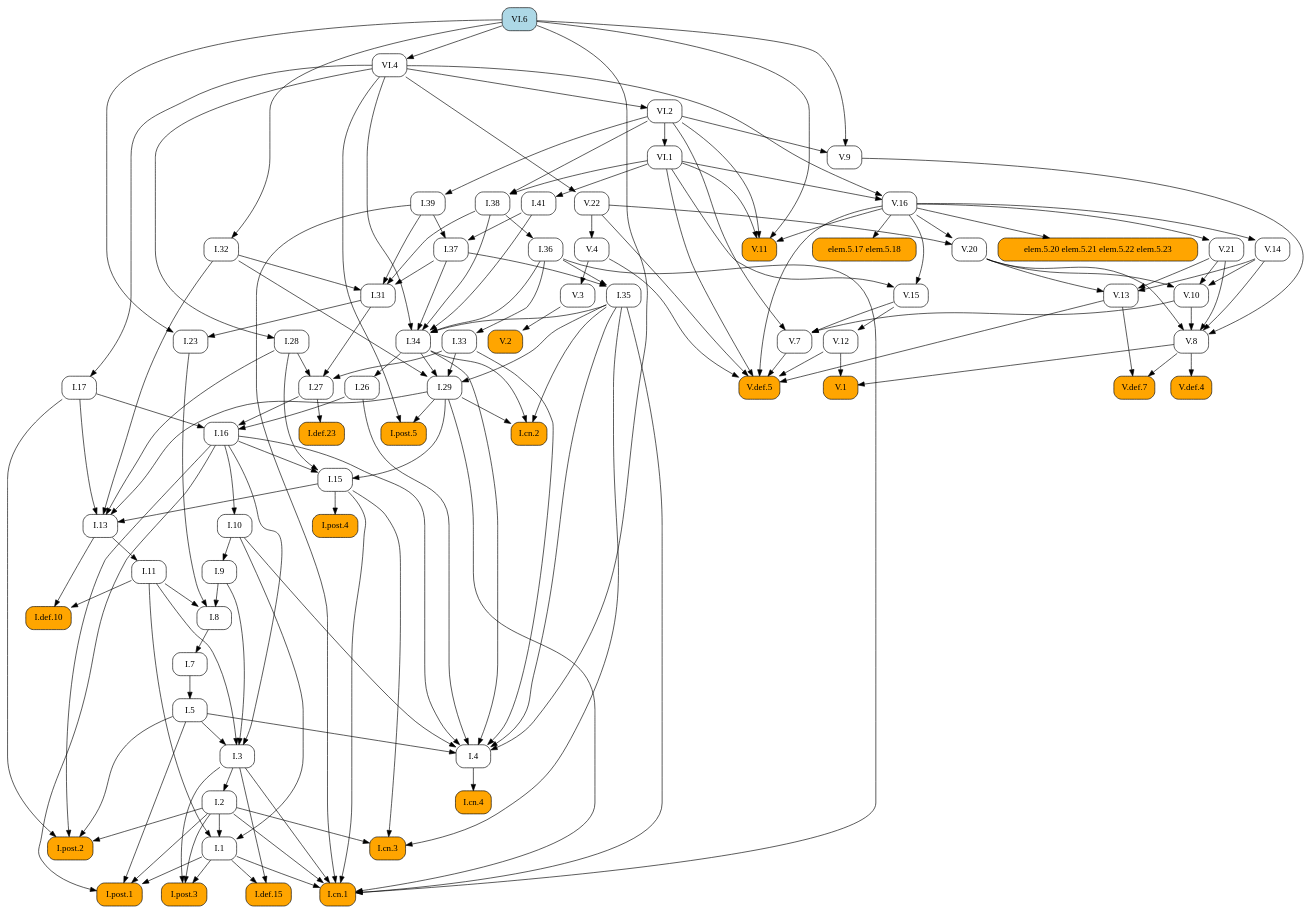
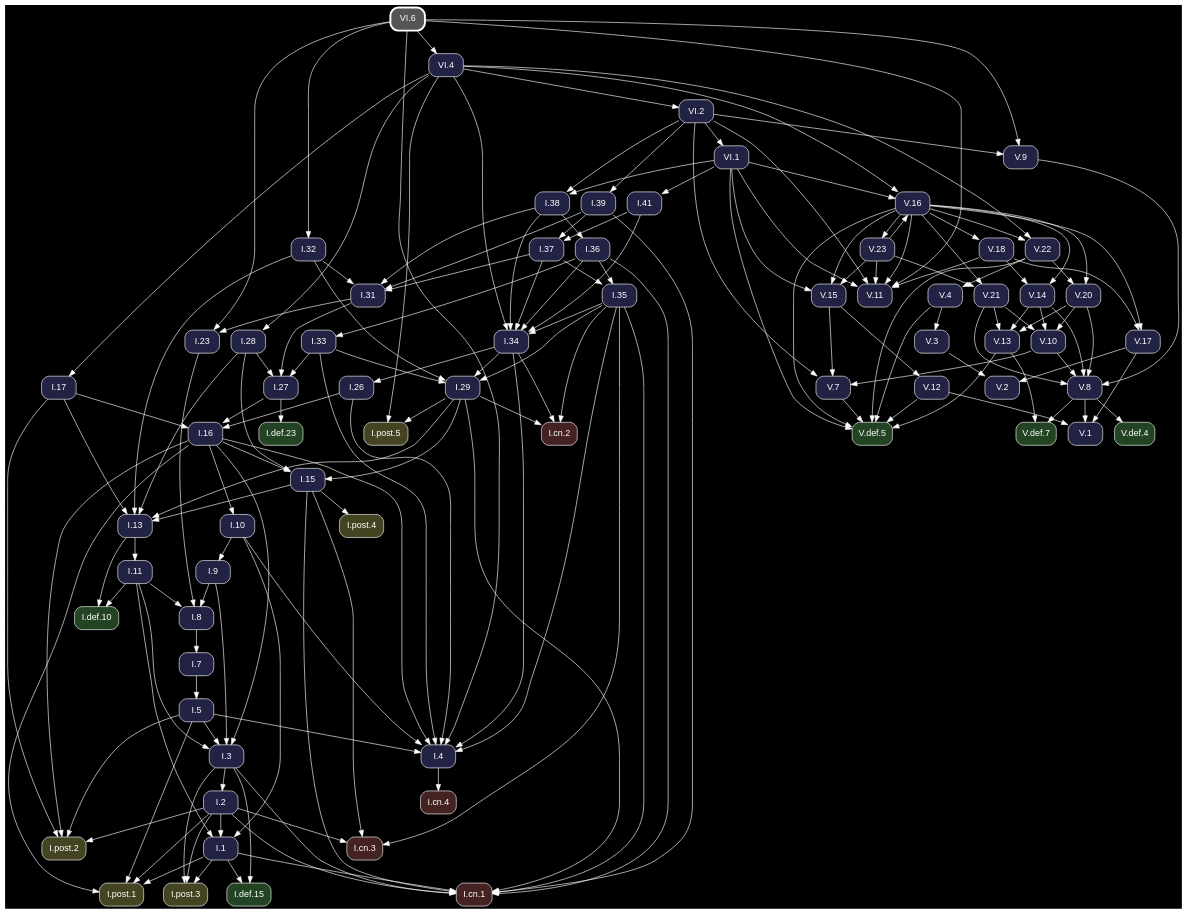
Before and after one commit to geometor/elements: the diagram in docsrc/heath/VI/6/index.rst, drawn with Graphviz. The commit also changed other lines of this file and 1200 other files, not shown here.

Commit message:
update dependency graphs

```diff
--- a/docsrc/heath/VI/6/index.rst
+++ b/docsrc/heath/VI/6/index.rst
@@ -77,132 +77,193 @@
 .. graphviz::
 
    digraph {
+     bgcolor="black";
+     node [shape=box, style="rounded,filled", fontname="Helvetica", color="white", fontcolor="white"];
+     edge [color="white", fontcolor="white"];
      rankdir="TB";
-     node [shape=box, style=rounded];
-     "I.23" [URL="/heath/I/23/", target="_top"];
-     "I.9" [URL="/heath/I/9/", target="_top"];
-     "I.def.15" [style="rounded,filled", fillcolor=orange, URL="/heath/I/def.15/", target="_top"];
-     "V.13" [URL="/heath/V/13/", target="_top"];
-     "V.7" [URL="/heath/V/7/", target="_top"];
-     "elem.5.17 elem.5.18" [style="rounded,filled", fillcolor=orange];
-     "I.post.1" [style="rounded,filled", fillcolor=orange, URL="/heath/I/post.1/", target="_top"];
-     "V.14" [URL="/heath/V/14/", target="_top"];
-     "V.9" [URL="/heath/V/9/", target="_top"];
-     "I.31" [URL="/heath/I/31/", target="_top"];
-     "I.def.10" [style="rounded,filled", fillcolor=orange, URL="/heath/I/def.10/", target="_top"];
-     "V.10" [URL="/heath/V/10/", target="_top"];
-     "V.4" [URL="/heath/V/4/", target="_top"];
-     "VI.1" [URL="/heath/VI/1/", target="_top"];
-     "I.39" [URL="/heath/I/39/", target="_top"];
-     "V.11" [style="rounded,filled", fillcolor=orange, URL="/heath/V/11/", target="_top"];
-     "I.34" [URL="/heath/I/34/", target="_top"];
-     "I.3" [URL="/heath/I/3/", target="_top"];
-     "V.def.4" [style="rounded,filled", fillcolor=orange, URL="/heath/V/def.4/", target="_top"];
-     "V.def.7" [style="rounded,filled", fillcolor=orange, URL="/heath/V/def.7/", target="_top"];
-     "V.21" [URL="/heath/V/21/", target="_top"];
-     "I.2" [URL="/heath/I/2/", target="_top"];
-     "V.3" [URL="/heath/V/3/", target="_top"];
-     "I.13" [URL="/heath/I/13/", target="_top"];
-     "I.post.4" [style="rounded,filled", fillcolor=orange, URL="/heath/I/post.4/", target="_top"];
-     "I.4" [URL="/heath/I/4/", target="_top"];
-     "I.1" [URL="/heath/I/1/", target="_top"];
-     "I.17" [URL="/heath/I/17/", target="_top"];
-     "I.8" [URL="/heath/I/8/", target="_top"];
-     "I.29" [URL="/heath/I/29/", target="_top"];
-     "V.8" [URL="/heath/V/8/", target="_top"];
-     "I.38" [URL="/heath/I/38/", target="_top"];
-     "I.15" [URL="/heath/I/15/", target="_top"];
-     "I.10" [URL="/heath/I/10/", target="_top"];
-     "I.11" [URL="/heath/I/11/", target="_top"];
-     "I.def.23" [style="rounded,filled", fillcolor=orange, URL="/heath/I/def.23/", target="_top"];
-     "VI.4" [URL="/heath/VI/4/", target="_top"];
-     "I.26" [URL="/heath/I/26/", target="_top"];
-     "V.16" [URL="/heath/V/16/", target="_top"];
-     "I.33" [URL="/heath/I/33/", target="_top"];
-     "I.32" [URL="/heath/I/32/", target="_top"];
-     "I.post.3" [style="rounded,filled", fillcolor=orange, URL="/heath/I/post.3/", target="_top"];
-     "V.def.5" [style="rounded,filled", fillcolor=orange, URL="/heath/V/def.5/", target="_top"];
-     "I.27" [URL="/heath/I/27/", target="_top"];
-     "V.20" [URL="/heath/V/20/", target="_top"];
-     "V.12" [URL="/heath/V/12/", target="_top"];
-     "V.2" [style="rounded,filled", fillcolor=orange, URL="/heath/V/2/", target="_top"];
-     "I.cn.1" [style="rounded,filled", fillcolor=orange, URL="/heath/I/cn.1/", target="_top"];
-     "I.35" [URL="/heath/I/35/", target="_top"];
-     "VI.6" [style="rounded,filled", fillcolor=lightblue, URL="/heath/VI/6/", target="_top"];
-     "I.7" [URL="/heath/I/7/", target="_top"];
-     "I.36" [URL="/heath/I/36/", target="_top"];
-     "I.5" [URL="/heath/I/5/", target="_top"];
-     "I.37" [URL="/heath/I/37/", target="_top"];
-     "I.cn.3" [style="rounded,filled", fillcolor=orange, URL="/heath/I/cn.3/", target="_top"];
-     "I.16" [URL="/heath/I/16/", target="_top"];
-     "V.22" [URL="/heath/V/22/", target="_top"];
-     "V.1" [style="rounded,filled", fillcolor=orange, URL="/heath/V/1/", target="_top"];
-     "I.cn.2" [style="rounded,filled", fillcolor=orange, URL="/heath/I/cn.2/", target="_top"];
-     "I.post.5" [style="rounded,filled", fillcolor=orange, URL="/heath/I/post.5/", target="_top"];
-     "I.28" [URL="/heath/I/28/", target="_top"];
-     "I.cn.4" [style="rounded,filled", fillcolor=orange, URL="/heath/I/cn.4/", target="_top"];
-     "VI.2" [URL="/heath/VI/2/", target="_top"];
-     "I.post.2" [style="rounded,filled", fillcolor=orange, URL="/heath/I/post.2/", target="_top"];
-     "V.15" [URL="/heath/V/15/", target="_top"];
-     "I.41" [URL="/heath/I/41/", target="_top"];
-     "elem.5.20 elem.5.21 elem.5.22 elem.5.23" [style="rounded,filled", fillcolor=orange];
-     "I.31" -> "I.23";
-     "VI.6" -> "I.23";
-     "I.10" -> "I.9";
-     "I.1" -> "I.def.15";
-     "I.3" -> "I.def.15";
+     "V.15" [fillcolor="#222244", URL="/heath/V/15/", target="_top"];
+     "I.32" [fillcolor="#222244", URL="/heath/I/32/", target="_top"];
+     "I.cn.1" [fillcolor="#442222", URL="/heath/I/cn.1/", target="_top"];
+     "V.18" [fillcolor="#222244", URL="/heath/V/18/", target="_top"];
+     "V.14" [fillcolor="#222244", URL="/heath/V/14/", target="_top"];
+     "I.28" [fillcolor="#222244", URL="/heath/I/28/", target="_top"];
+     "I.27" [fillcolor="#222244", URL="/heath/I/27/", target="_top"];
+     "V.23" [fillcolor="#222244", URL="/heath/V/23/", target="_top"];
+     "I.2" [fillcolor="#222244", URL="/heath/I/2/", target="_top"];
+     "I.41" [fillcolor="#222244", URL="/heath/I/41/", target="_top"];
+     "I.post.4" [fillcolor="#444422", URL="/heath/I/post.4/", target="_top"];
+     "I.26" [fillcolor="#222244", URL="/heath/I/26/", target="_top"];
+     "I.8" [fillcolor="#222244", URL="/heath/I/8/", target="_top"];
+     "V.4" [fillcolor="#222244", URL="/heath/V/4/", target="_top"];
+     "V.16" [fillcolor="#222244", URL="/heath/V/16/", target="_top"];
+     "VI.2" [fillcolor="#222244", URL="/heath/VI/2/", target="_top"];
+     "I.7" [fillcolor="#222244", URL="/heath/I/7/", target="_top"];
+     "I.5" [fillcolor="#222244", URL="/heath/I/5/", target="_top"];
+     "V.11" [fillcolor="#222244", URL="/heath/V/11/", target="_top"];
+     "V.def.4" [fillcolor="#224422", URL="/heath/V/def.4/", target="_top"];
+     "V.20" [fillcolor="#222244", URL="/heath/V/20/", target="_top"];
+     "I.11" [fillcolor="#222244", URL="/heath/I/11/", target="_top"];
+     "I.37" [fillcolor="#222244", URL="/heath/I/37/", target="_top"];
+     "I.cn.3" [fillcolor="#442222", URL="/heath/I/cn.3/", target="_top"];
+     "I.36" [fillcolor="#222244", URL="/heath/I/36/", target="_top"];
+     "I.38" [fillcolor="#222244", URL="/heath/I/38/", target="_top"];
+     "I.post.2" [fillcolor="#444422", URL="/heath/I/post.2/", target="_top"];
+     "I.def.23" [fillcolor="#224422", URL="/heath/I/def.23/", target="_top"];
+     "I.35" [fillcolor="#222244", URL="/heath/I/35/", target="_top"];
+     "I.post.3" [fillcolor="#444422", URL="/heath/I/post.3/", target="_top"];
+     "V.13" [fillcolor="#222244", URL="/heath/V/13/", target="_top"];
+     "V.8" [fillcolor="#222244", URL="/heath/V/8/", target="_top"];
+     "I.33" [fillcolor="#222244", URL="/heath/I/33/", target="_top"];
+     "V.10" [fillcolor="#222244", URL="/heath/V/10/", target="_top"];
+     "I.17" [fillcolor="#222244", URL="/heath/I/17/", target="_top"];
+     "V.def.5" [fillcolor="#224422", URL="/heath/V/def.5/", target="_top"];
+     "V.22" [fillcolor="#222244", URL="/heath/V/22/", target="_top"];
+     "I.31" [fillcolor="#222244", URL="/heath/I/31/", target="_top"];
+     "I.3" [fillcolor="#222244", URL="/heath/I/3/", target="_top"];
+     "V.12" [fillcolor="#222244", URL="/heath/V/12/", target="_top"];
+     "I.def.10" [fillcolor="#224422", URL="/heath/I/def.10/", target="_top"];
+     "I.15" [fillcolor="#222244", URL="/heath/I/15/", target="_top"];
+     "I.39" [fillcolor="#222244", URL="/heath/I/39/", target="_top"];
+     "I.13" [fillcolor="#222244", URL="/heath/I/13/", target="_top"];
+     "VI.6" [penwidth=3, color="white", fillcolor="#555555", URL="/heath/VI/6/", target="_top"];
+     "I.cn.2" [fillcolor="#442222", URL="/heath/I/cn.2/", target="_top"];
+     "I.9" [fillcolor="#222244", URL="/heath/I/9/", target="_top"];
+     "I.1" [fillcolor="#222244", URL="/heath/I/1/", target="_top"];
+     "I.post.5" [fillcolor="#444422", URL="/heath/I/post.5/", target="_top"];
+     "I.23" [fillcolor="#222244", URL="/heath/I/23/", target="_top"];
+     "I.4" [fillcolor="#222244", URL="/heath/I/4/", target="_top"];
+     "VI.4" [fillcolor="#222244", URL="/heath/VI/4/", target="_top"];
+     "V.7" [fillcolor="#222244", URL="/heath/V/7/", target="_top"];
+     "V.9" [fillcolor="#222244", URL="/heath/V/9/", target="_top"];
+     "VI.1" [fillcolor="#222244", URL="/heath/VI/1/", target="_top"];
+     "I.10" [fillcolor="#222244", URL="/heath/I/10/", target="_top"];
+     "V.def.7" [fillcolor="#224422", URL="/heath/V/def.7/", target="_top"];
+     "I.post.1" [fillcolor="#444422", URL="/heath/I/post.1/", target="_top"];
+     "I.16" [fillcolor="#222244", URL="/heath/I/16/", target="_top"];
+     "I.29" [fillcolor="#222244", URL="/heath/I/29/", target="_top"];
+     "I.cn.4" [fillcolor="#442222", URL="/heath/I/cn.4/", target="_top"];
+     "V.2" [fillcolor="#222244", URL="/heath/V/2/", target="_top"];
+     "V.1" [fillcolor="#222244", URL="/heath/V/1/", target="_top"];
+     "V.21" [fillcolor="#222244", URL="/heath/V/21/", target="_top"];
+     "I.34" [fillcolor="#222244", URL="/heath/I/34/", target="_top"];
+     "I.def.15" [fillcolor="#224422", URL="/heath/I/def.15/", target="_top"];
+     "V.3" [fillcolor="#222244", URL="/heath/V/3/", target="_top"];
+     "V.17" [fillcolor="#222244", URL="/heath/V/17/", target="_top"];
+     "V.16" -> "V.15";
+     "V.23" -> "V.15";
+     "VI.1" -> "V.15";
+     "VI.6" -> "I.32";
+     "I.1" -> "I.cn.1";
+     "I.2" -> "I.cn.1";
+     "I.3" -> "I.cn.1";
+     "I.15" -> "I.cn.1";
+     "I.29" -> "I.cn.1";
+     "I.35" -> "I.cn.1";
+     "I.36" -> "I.cn.1";
+     "I.39" -> "I.cn.1";
+     "V.16" -> "V.18";
+     "V.16" -> "V.14";
+     "V.18" -> "V.14";
+     "VI.4" -> "I.28";
+     "I.28" -> "I.27";
+     "I.31" -> "I.27";
+     "I.33" -> "I.27";
+     "V.16" -> "V.23";
+     "I.3" -> "I.2";
+     "VI.1" -> "I.41";
+     "I.15" -> "I.post.4";
+     "I.34" -> "I.26";
+     "I.9" -> "I.8";
+     "I.11" -> "I.8";
+     "I.23" -> "I.8";
+     "V.22" -> "V.4";
+     "V.23" -> "V.16";
+     "VI.1" -> "V.16";
+     "VI.4" -> "V.16";
+     "VI.4" -> "VI.2";
+     "I.8" -> "I.7";
+     "I.7" -> "I.5";
+     "V.16" -> "V.11";
+     "V.18" -> "V.11";
+     "V.23" -> "V.11";
+     "VI.1" -> "V.11";
+     "VI.2" -> "V.11";
+     "VI.6" -> "V.11";
+     "V.8" -> "V.def.4";
+     "V.16" -> "V.20";
+     "V.22" -> "V.20";
+     "I.13" -> "I.11";
+     "I.39" -> "I.37";
+     "I.41" -> "I.37";
+     "I.2" -> "I.cn.3";
+     "I.15" -> "I.cn.3";
+     "I.35" -> "I.cn.3";
+     "I.38" -> "I.36";
+     "VI.1" -> "I.38";
+     "VI.2" -> "I.38";
+     "I.2" -> "I.post.2";
+     "I.5" -> "I.post.2";
+     "I.16" -> "I.post.2";
+     "I.17" -> "I.post.2";
+     "I.27" -> "I.def.23";
+     "I.36" -> "I.35";
+     "I.37" -> "I.35";
+     "I.1" -> "I.post.3";
+     "I.2" -> "I.post.3";
+     "I.3" -> "I.post.3";
      "V.14" -> "V.13";
      "V.20" -> "V.13";
      "V.21" -> "V.13";
-     "V.10" -> "V.7";
-     "V.15" -> "V.7";
-     "VI.2" -> "V.7";
-     "V.16" -> "elem.5.17 elem.5.18";
-     "I.1" -> "I.post.1";
-     "I.2" -> "I.post.1";
-     "I.5" -> "I.post.1";
-     "I.16" -> "I.post.1";
-     "V.16" -> "V.14";
-     "VI.2" -> "V.9";
-     "VI.6" -> "V.9";
+     "V.9" -> "V.8";
+     "V.10" -> "V.8";
+     "V.14" -> "V.8";
+     "V.20" -> "V.8";
+     "V.21" -> "V.8";
+     "I.36" -> "I.33";
+     "V.14" -> "V.10";
+     "V.20" -> "V.10";
+     "V.21" -> "V.10";
+     "VI.4" -> "I.17";
+     "V.4" -> "V.def.5";
+     "V.7" -> "V.def.5";
+     "V.12" -> "V.def.5";
+     "V.13" -> "V.def.5";
+     "V.16" -> "V.def.5";
+     "V.22" -> "V.def.5";
+     "VI.1" -> "V.def.5";
+     "V.16" -> "V.22";
+     "VI.4" -> "V.22";
      "I.32" -> "I.31";
      "I.37" -> "I.31";
      "I.38" -> "I.31";
      "I.39" -> "I.31";
-     "I.11" -> "I.def.10";
-     "I.13" -> "I.def.10";
-     "V.14" -> "V.10";
-     "V.20" -> "V.10";
-     "V.21" -> "V.10";
-     "V.22" -> "V.4";
-     "VI.2" -> "VI.1";
-     "VI.2" -> "I.39";
-     "V.16" -> "V.11";
-     "VI.1" -> "V.11";
-     "VI.2" -> "V.11";
-     "VI.6" -> "V.11";
-     "I.35" -> "I.34";
-     "I.36" -> "I.34";
-     "I.37" -> "I.34";
-     "I.38" -> "I.34";
-     "I.41" -> "I.34";
-     "VI.4" -> "I.34";
      "I.5" -> "I.3";
      "I.9" -> "I.3";
      "I.11" -> "I.3";
      "I.16" -> "I.3";
-     "V.8" -> "V.def.4";
-     "V.8" -> "V.def.7";
-     "V.13" -> "V.def.7";
-     "V.16" -> "V.21";
-     "I.3" -> "I.2";
-     "V.4" -> "V.3";
+     "V.15" -> "V.12";
+     "I.11" -> "I.def.10";
+     "I.13" -> "I.def.10";
+     "I.16" -> "I.15";
+     "I.28" -> "I.15";
+     "I.29" -> "I.15";
+     "VI.2" -> "I.39";
      "I.15" -> "I.13";
      "I.17" -> "I.13";
      "I.28" -> "I.13";
      "I.29" -> "I.13";
      "I.32" -> "I.13";
-     "I.15" -> "I.post.4";
+     "I.29" -> "I.cn.2";
+     "I.34" -> "I.cn.2";
+     "I.35" -> "I.cn.2";
+     "I.10" -> "I.9";
+     "I.2" -> "I.1";
+     "I.10" -> "I.1";
+     "I.11" -> "I.1";
+     "I.29" -> "I.post.5";
+     "VI.4" -> "I.post.5";
+     "I.31" -> "I.23";
+     "VI.6" -> "I.23";
      "I.5" -> "I.4";
      "I.10" -> "I.4";
      "I.16" -> "I.4";
@@ -211,91 +272,44 @@
      "I.34" -> "I.4";
      "I.35" -> "I.4";
      "VI.6" -> "I.4";
-     "I.2" -> "I.1";
-     "I.10" -> "I.1";
-     "I.11" -> "I.1";
-     "VI.4" -> "I.17";
-     "I.9" -> "I.8";
-     "I.11" -> "I.8";
-     "I.23" -> "I.8";
+     "VI.6" -> "VI.4";
+     "V.10" -> "V.7";
+     "V.15" -> "V.7";
+     "VI.2" -> "V.7";
+     "VI.2" -> "V.9";
+     "VI.6" -> "V.9";
+     "VI.2" -> "VI.1";
+     "I.16" -> "I.10";
+     "V.8" -> "V.def.7";
+     "V.13" -> "V.def.7";
+     "I.1" -> "I.post.1";
+     "I.2" -> "I.post.1";
+     "I.5" -> "I.post.1";
+     "I.16" -> "I.post.1";
+     "I.17" -> "I.16";
+     "I.26" -> "I.16";
+     "I.27" -> "I.16";
      "I.32" -> "I.29";
      "I.33" -> "I.29";
      "I.34" -> "I.29";
      "I.35" -> "I.29";
-     "V.9" -> "V.8";
-     "V.10" -> "V.8";
-     "V.14" -> "V.8";
-     "V.20" -> "V.8";
-     "V.21" -> "V.8";
-     "VI.1" -> "I.38";
-     "VI.2" -> "I.38";
-     "I.16" -> "I.15";
-     "I.28" -> "I.15";
-     "I.29" -> "I.15";
-     "I.16" -> "I.10";
-     "I.13" -> "I.11";
-     "I.27" -> "I.def.23";
-     "VI.6" -> "VI.4";
-     "I.34" -> "I.26";
-     "VI.1" -> "V.16";
-     "VI.4" -> "V.16";
-     "I.36" -> "I.33";
-     "VI.6" -> "I.32";
-     "I.1" -> "I.post.3";
-     "I.2" -> "I.post.3";
-     "I.3" -> "I.post.3";
-     "V.4" -> "V.def.5";
-     "V.7" -> "V.def.5";
-     "V.12" -> "V.def.5";
-     "V.13" -> "V.def.5";
-     "V.16" -> "V.def.5";
-     "V.22" -> "V.def.5";
-     "VI.1" -> "V.def.5";
-     "I.28" -> "I.27";
-     "I.31" -> "I.27";
-     "I.33" -> "I.27";
-     "V.16" -> "V.20";
-     "V.22" -> "V.20";
-     "V.15" -> "V.12";
+     "I.4" -> "I.cn.4";
      "V.3" -> "V.2";
-     "I.1" -> "I.cn.1";
-     "I.2" -> "I.cn.1";
-     "I.3" -> "I.cn.1";
-     "I.15" -> "I.cn.1";
-     "I.29" -> "I.cn.1";
-     "I.35" -> "I.cn.1";
-     "I.36" -> "I.cn.1";
-     "I.39" -> "I.cn.1";
-     "I.36" -> "I.35";
-     "I.37" -> "I.35";
-     "I.8" -> "I.7";
-     "I.38" -> "I.36";
-     "I.7" -> "I.5";
-     "I.39" -> "I.37";
-     "I.41" -> "I.37";
-     "I.2" -> "I.cn.3";
-     "I.15" -> "I.cn.3";
-     "I.35" -> "I.cn.3";
-     "I.17" -> "I.16";
-     "I.26" -> "I.16";
-     "I.27" -> "I.16";
-     "VI.4" -> "V.22";
+     "V.17" -> "V.2";
      "V.8" -> "V.1";
      "V.12" -> "V.1";
-     "I.29" -> "I.cn.2";
-     "I.34" -> "I.cn.2";
-     "I.35" -> "I.cn.2";
-     "I.29" -> "I.post.5";
-     "VI.4" -> "I.post.5";
-     "VI.4" -> "I.28";
-     "I.4" -> "I.cn.4";
-     "VI.4" -> "VI.2";
-     "I.2" -> "I.post.2";
-     "I.5" -> "I.post.2";
-     "I.16" -> "I.post.2";
-     "I.17" -> "I.post.2";
-     "V.16" -> "V.15";
-     "VI.1" -> "V.15";
-     "VI.1" -> "I.41";
-     "V.16" -> "elem.5.20 elem.5.21 elem.5.22 elem.5.23";
+     "V.17" -> "V.1";
+     "V.16" -> "V.21";
+     "V.23" -> "V.21";
+     "I.35" -> "I.34";
+     "I.36" -> "I.34";
+     "I.37" -> "I.34";
+     "I.38" -> "I.34";
+     "I.41" -> "I.34";
+     "VI.4" -> "I.34";
+     "I.1" -> "I.def.15";
+     "I.3" -> "I.def.15";
+     "V.4" -> "V.3";
+     "V.16" -> "V.17";
+     "V.18" -> "V.17";
    }
```
